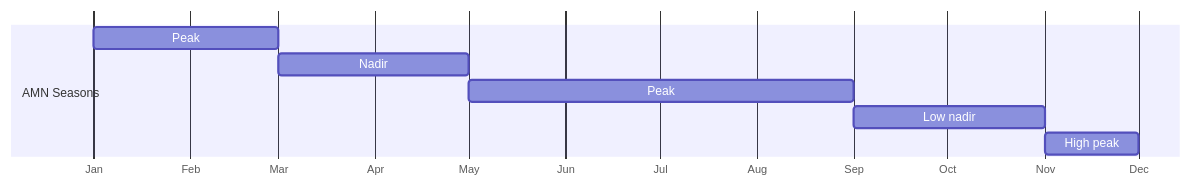
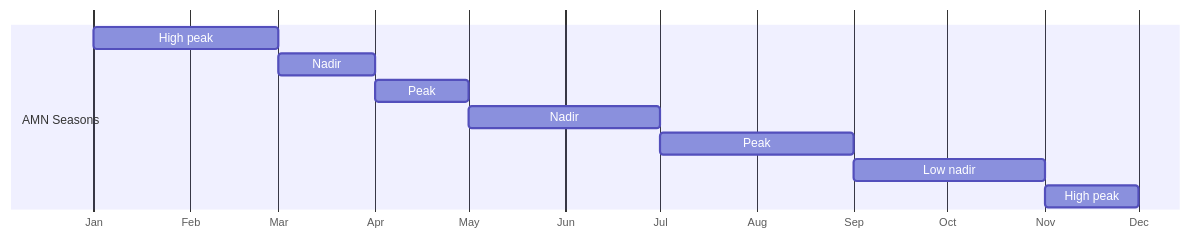
The fifth of 10 diagrams in report.qmd (nutimes/som-sam-admit), drawn with Mermaid before and after one commit. The commit also changed other lines of this file, not shown here.

````diff
--- a/report.qmd
+++ b/report.qmd
@@ -637,14 +646,16 @@
 ```{mermaid}
 %%| label: fig-amn-seasonal-calendar-riverine
 %%| fig-cap: AMN seasonal calendar for riverine livelihood systems
 gantt
     dateFormat M
     axisFormat %b
     todayMarker off
     section AMN Seasons
-    Peak :1, 3
-    Nadir :3, 5
-    Peak :5, 9
+    High peak :1, 3
+    Nadir :3, 4
+    Peak: 4, 5
+    Nadir :5, 7
+    Peak :7, 9
     Low nadir :9, 11
     High peak :11, 12
 ```
````
